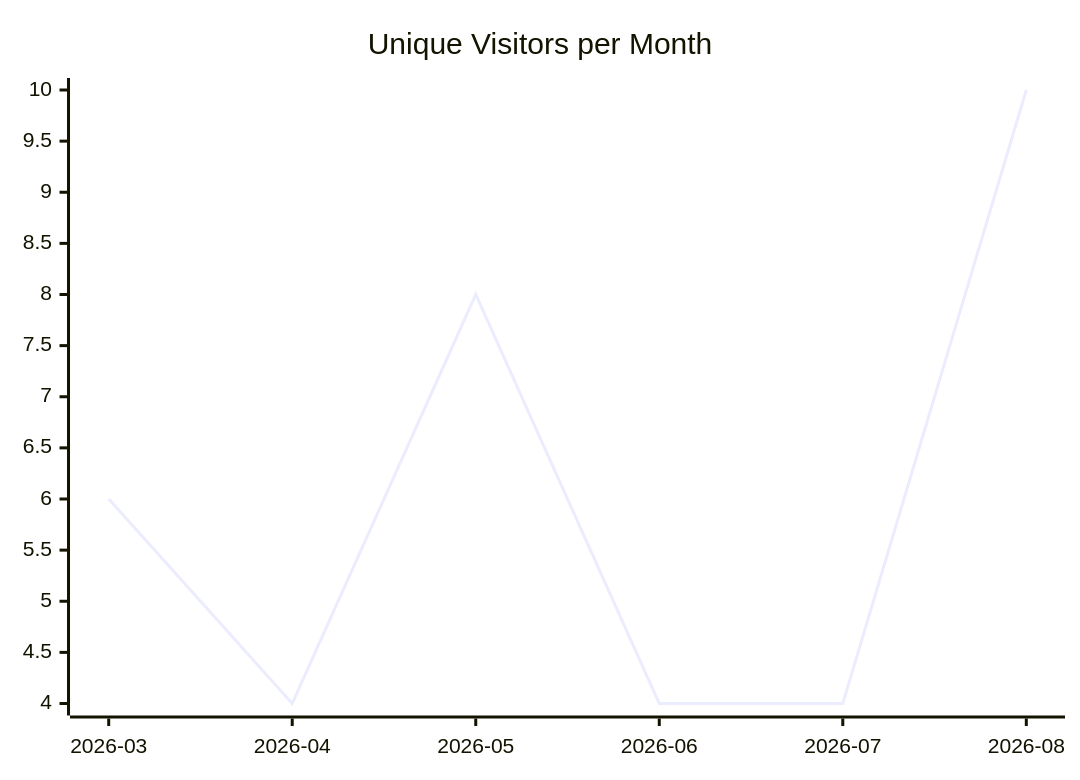
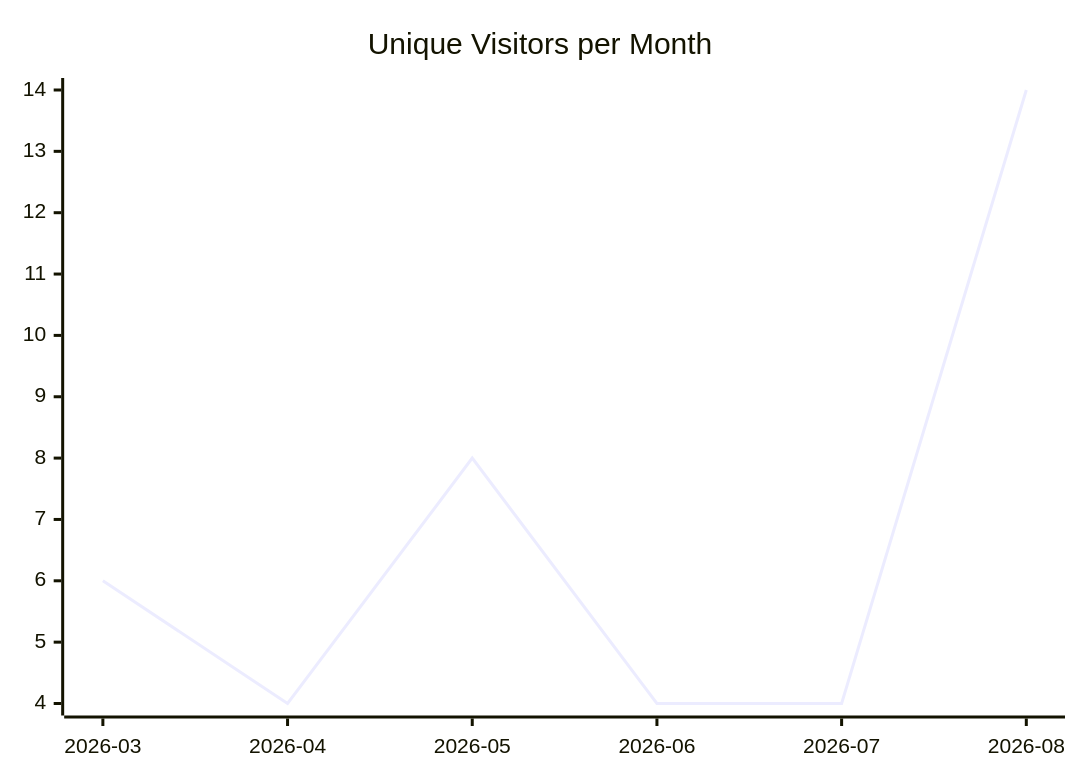
The first of 3 diagrams in karlmdavis/xmlpull/README.md (justdavis-family/github-analytics-data), drawn with Mermaid before and after one commit. The commit also changed other lines of this file and 190 other files, not shown here.

````diff
--- a/karlmdavis/xmlpull/README.md
+++ b/karlmdavis/xmlpull/README.md
@@ -5,6 +5,6 @@
 ```mermaid
 xychart-beta
   title "Unique Visitors per Month"
   x-axis ["2026-03", "2026-04", "2026-05", "2026-06", "2026-07", "2026-08"]
-  line [6, 4, 8, 4, 4, 10]
+  line [6, 4, 8, 4, 4, 14]
 ```
````
